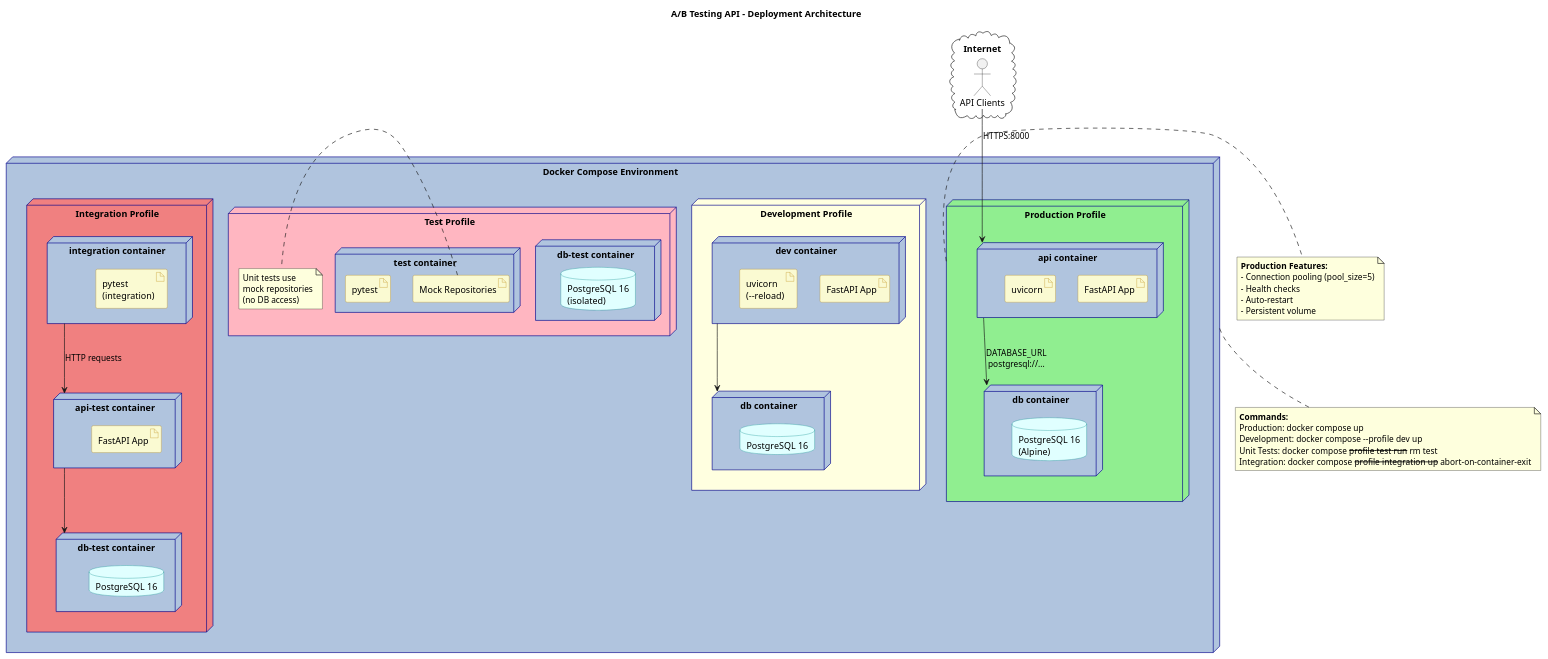
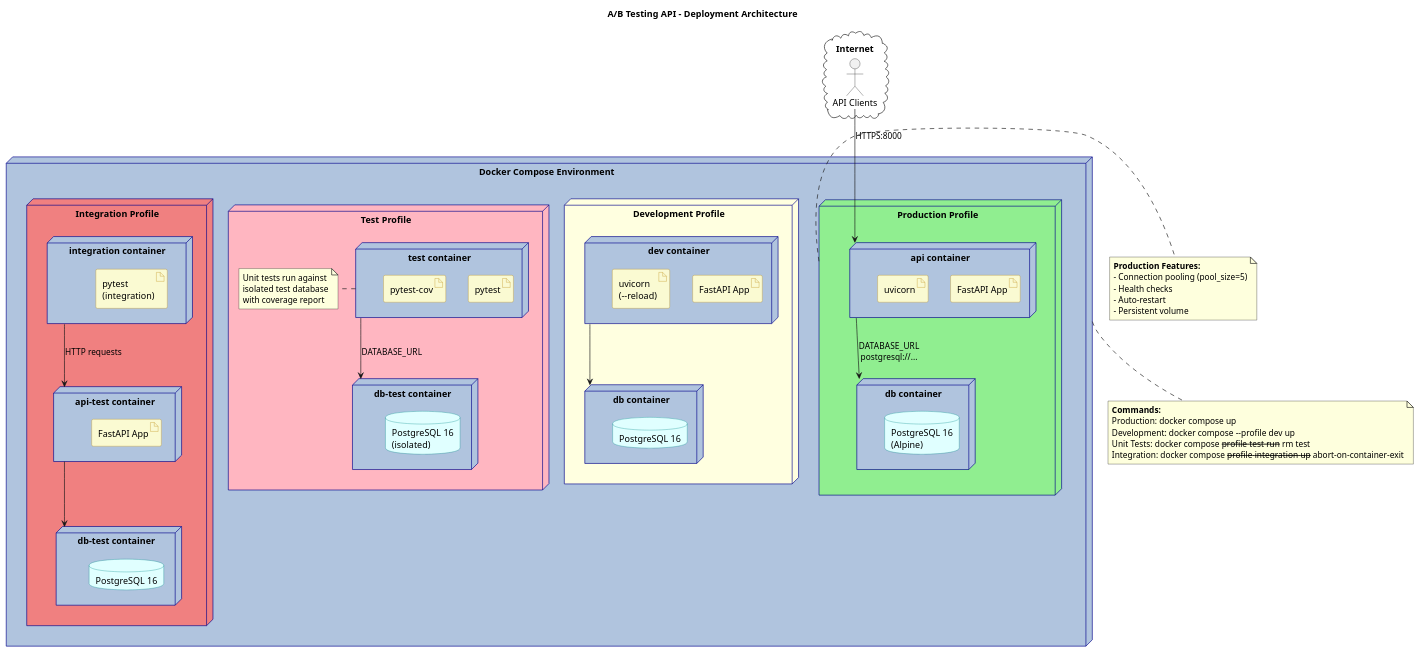
The diagram in docs/diagrams/deployment.puml (huangyingw/neonblue_ab_testing_api), drawn with PlantUML before and after one commit. The commit also changed 4 other files, not shown here.

First line of the commit message:
Update PlantUML diagrams for PostgreSQL and Repository pattern

```diff
--- a/docs/diagrams/deployment.puml
+++ b/docs/diagrams/deployment.puml
@@ -1,104 +1,106 @@
 @startuml Deployment Architecture
 
 skinparam backgroundColor white
 skinparam node {
     BackgroundColor LightSteelBlue
     BorderColor DarkBlue
 }
 skinparam artifact {
     BackgroundColor LightGoldenRodYellow
     BorderColor DarkGoldenRod
 }
 skinparam database {
     BackgroundColor LightCyan
     BorderColor DarkCyan
 }
 
 title A/B Testing API - Deployment Architecture
 
 node "Docker Compose Environment" as DockerEnv {
 
     node "Production Profile" as Prod #LightGreen {
         node "db container" as DBContainer {
             database "PostgreSQL 16\n(Alpine)" as ProdDB
         }
 
         node "api container" as ProdContainer {
             artifact "FastAPI App" as ProdApp
             artifact "uvicorn" as ProdUvicorn
         }
 
         ProdContainer --> DBContainer : "DATABASE_URL\npostgresql://..."
     }
 
     node "Development Profile" as Dev #LightYellow {
         node "db container" as DevDBContainer {
             database "PostgreSQL 16" as DevDB
         }
 
         node "dev container" as DevContainer {
             artifact "FastAPI App" as DevApp
             artifact "uvicorn\n(--reload)" as DevUvicorn
         }
 
         DevContainer --> DevDBContainer
     }
 
     node "Test Profile" as Test #LightPink {
         node "db-test container" as TestDBContainer {
             database "PostgreSQL 16\n(isolated)" as TestDB
         }
 
         node "test container" as TestContainer {
             artifact "pytest" as Pytest
-            artifact "Mock Repositories" as MockRepo
+            artifact "pytest-cov" as PytestCov
         }
 
-        note right of MockRepo
-          Unit tests use
-          mock repositories
-          (no DB access)
+        TestContainer --> TestDBContainer : "DATABASE_URL"
+
+        note right of TestContainer
+          Unit tests run against
+          isolated test database
+          with coverage report
         end note
     }
 
     node "Integration Profile" as Integration #LightCoral {
         node "db-test container" as IntDBContainer {
             database "PostgreSQL 16" as IntDB
         }
 
         node "api-test container" as IntAPIContainer {
             artifact "FastAPI App" as IntApp
         }
 
         node "integration container" as IntTestContainer {
             artifact "pytest\n(integration)" as IntPytest
         }
 
         IntAPIContainer --> IntDBContainer
         IntTestContainer --> IntAPIContainer : "HTTP requests"
     }
 }
 
 cloud "Internet" as Internet {
     actor "API Clients" as Clients
 }
 
 Clients --> ProdContainer : "HTTPS:8000"
 
 note bottom of DockerEnv
   **Commands:**
   Production: docker compose up
   Development: docker compose --profile dev up
   Unit Tests: docker compose --profile test run --rm test
   Integration: docker compose --profile integration up --abort-on-container-exit
 end note
 
 note right of Prod
   **Production Features:**
   - Connection pooling (pool_size=5)
   - Health checks
   - Auto-restart
   - Persistent volume
 end note
 
 @enduml
```
